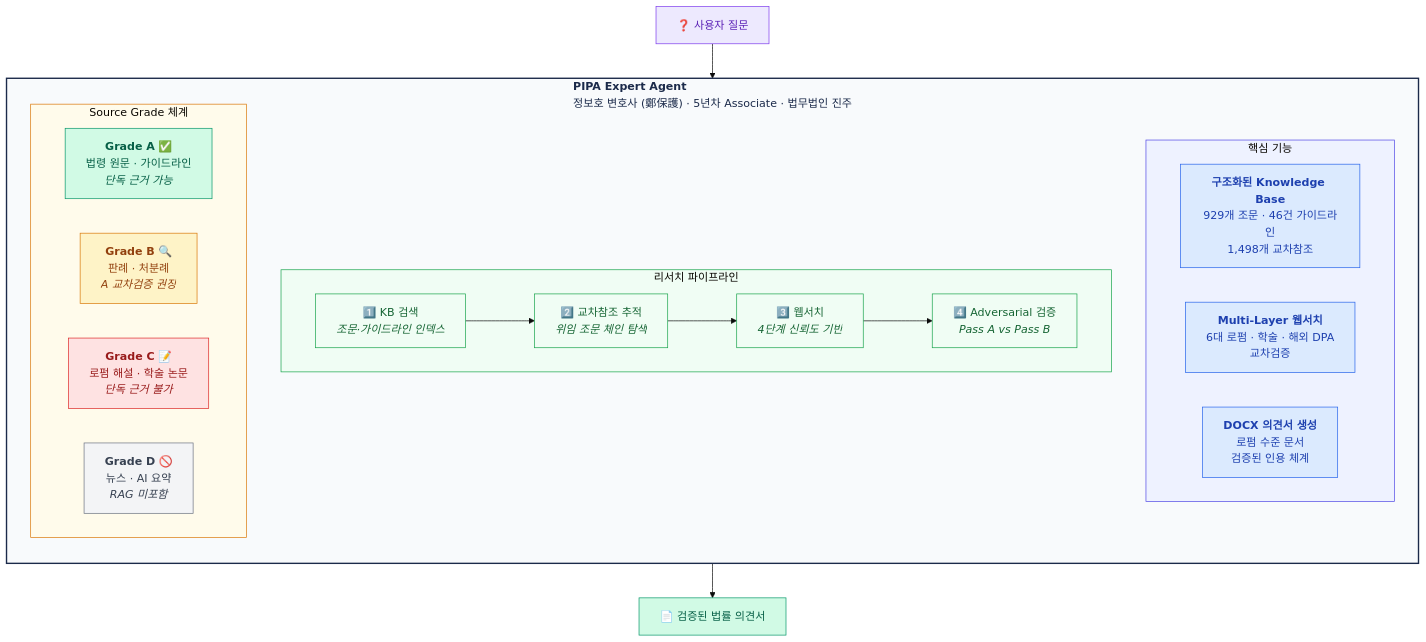
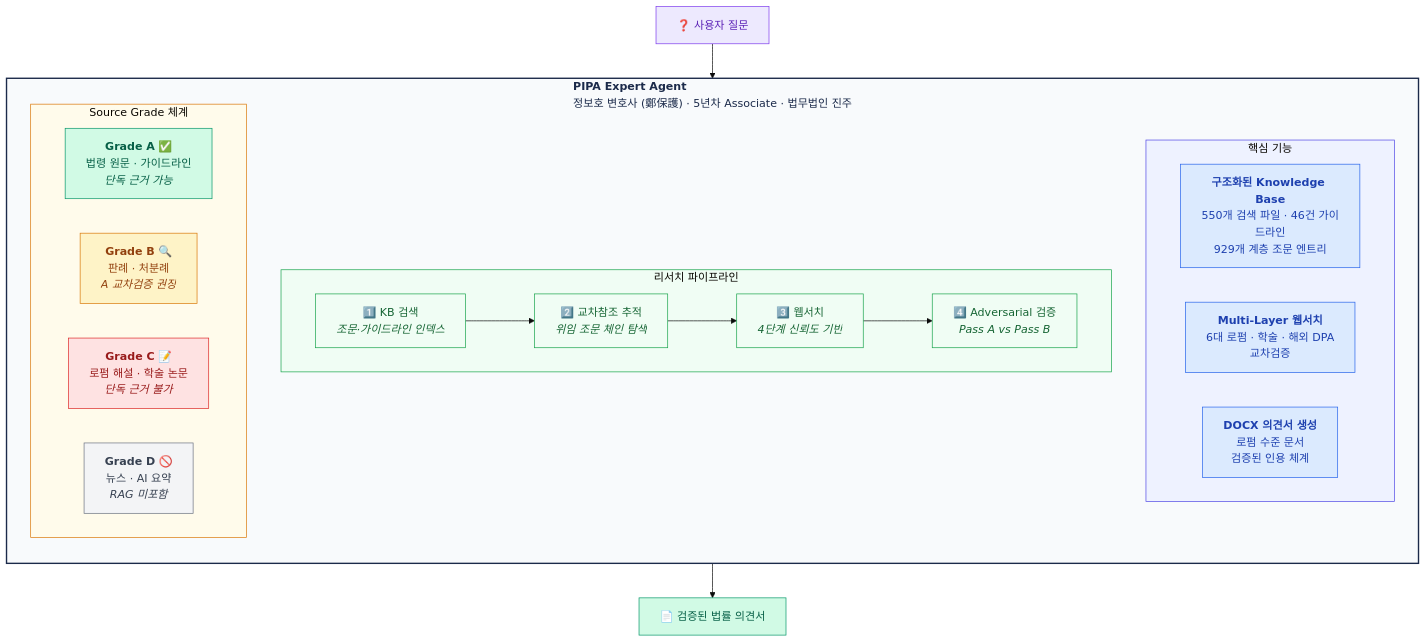
Before and after one commit to kipeum86/PIPA-expert: the first of 2 diagrams in README.ko.md, drawn with Mermaid (base theme). The commit also changed other lines of this file and 411 other files, not shown here.

````diff
--- a/README.ko.md
+++ b/README.ko.md
@@ -47,51 +47,51 @@
 ```mermaid
 graph TB
     subgraph agent["<b>PIPA Expert Agent</b><br/>정보호 변호사 (鄭保護) · 5년차 Associate · 법무법인 진주"]
         direction TB
 
         subgraph core["핵심 기능"]
             direction LR
-            KB["<b>구조화된 Knowledge Base</b><br/>929개 조문 · 46건 가이드라인<br/>1,498개 교차참조"]
+            KB["<b>구조화된 Knowledge Base</b><br/>550개 검색 파일 · 46건 가이드라인<br/>929개 계층 조문 엔트리"]
             WS["<b>Multi-Layer 웹서치</b><br/>6대 로펌 · 학술 · 해외 DPA<br/>교차검증"]
             DX["<b>DOCX 의견서 생성</b><br/>로펌 수준 문서<br/>검증된 인용 체계"]
         end
 
         subgraph pipeline["리서치 파이프라인"]
             direction LR
             S1["1️⃣ KB 검색<br/><i>조문·가이드라인 인덱스</i>"]
             S2["2️⃣ 교차참조 추적<br/><i>위임 조문 체인 탐색</i>"]
             S3["3️⃣ 웹서치<br/><i>4단계 신뢰도 기반</i>"]
             S4["4️⃣ Adversarial 검증<br/><i>Pass A vs Pass B</i>"]
             S1 --> S2 --> S3 --> S4
         end
 
         subgraph grades["Source Grade 체계"]
             direction LR
             GA["<b>Grade A</b> ✅<br/>법령 원문 · 가이드라인<br/><i>단독 근거 가능</i>"]
             GB["<b>Grade B</b> 🔍<br/>판례 · 처분례<br/><i>A 교차검증 권장</i>"]
             GC["<b>Grade C</b> 📝<br/>로펌 해설 · 학술 논문<br/><i>단독 근거 불가</i>"]
             GD["<b>Grade D</b> 🚫<br/>뉴스 · AI 요약<br/><i>RAG 미포함</i>"]
         end
     end
 
     Q["❓ 사용자 질문"] --> S1
     S4 --> O["📄 검증된 법률 의견서"]
 
     style agent fill:#f8fafc,stroke:#1B2A4A,stroke-width:2px,color:#1B2A4A
     style core fill:#eef2ff,stroke:#4f46e5,stroke-width:1px
     style pipeline fill:#f0fdf4,stroke:#16a34a,stroke-width:1px
     style grades fill:#fffbeb,stroke:#d97706,stroke-width:1px
     style KB fill:#dbeafe,stroke:#2563eb,color:#1e40af
     style WS fill:#dbeafe,stroke:#2563eb,color:#1e40af
     style DX fill:#dbeafe,stroke:#2563eb,color:#1e40af
     style GA fill:#d1fae5,stroke:#059669,color:#065f46
     style GB fill:#fef3c7,stroke:#d97706,color:#92400e
     style GC fill:#fee2e2,stroke:#dc2626,color:#991b1b
     style GD fill:#f3f4f6,stroke:#6b7280,color:#374151
     style Q fill:#ede9fe,stroke:#7c3aed,color:#5b21b6
     style O fill:#d1fae5,stroke:#059669,color:#065f46
     style S1 fill:#f0fdf4,stroke:#16a34a,color:#166534
     style S2 fill:#f0fdf4,stroke:#16a34a,color:#166534
     style S3 fill:#f0fdf4,stroke:#16a34a,color:#166534
     style S4 fill:#f0fdf4,stroke:#16a34a,color:#166534
 ```
````
